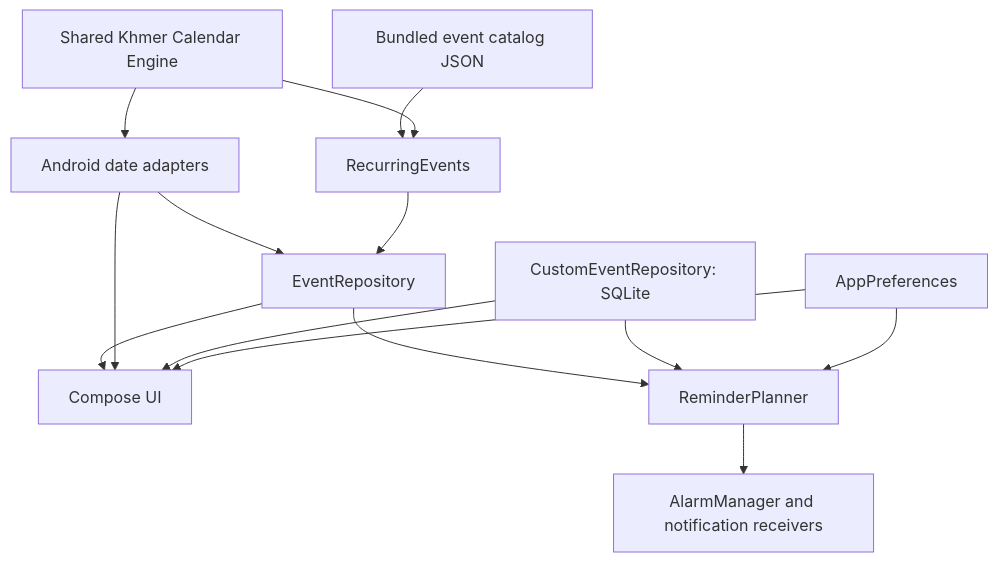
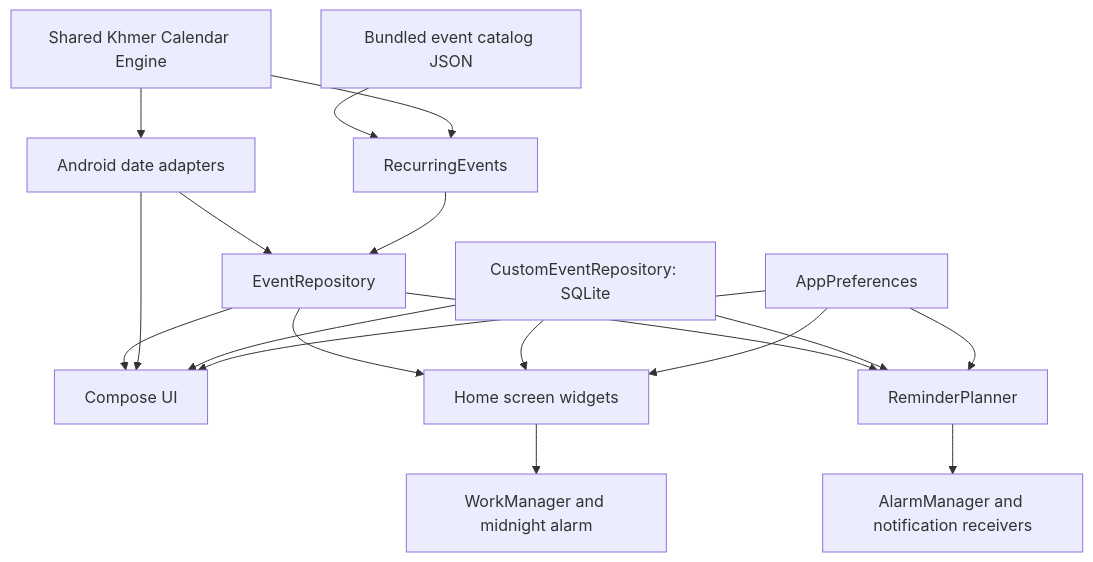
The diagram in docs/architecture.md (RSG-KH/khmer-calendar), drawn with Mermaid before and after one commit. The commit also changed other lines of this file and 37 other files, not shown here.

````diff
--- a/docs/architecture.md
+++ b/docs/architecture.md
@@ -5,16 +5,20 @@
 ```mermaid
 flowchart TD
     Engine[Shared Khmer Calendar Engine] --> Adapters[Android date adapters]
     Catalog[Bundled event catalog JSON] --> Recurring[RecurringEvents]
     Engine --> Recurring
     Adapters --> Events[EventRepository]
     Recurring --> Events
     Events --> UI[Compose UI]
     Adapters --> UI
     Custom[CustomEventRepository: SQLite] --> UI
+    Events --> Widgets[Home screen widgets]
+    Custom --> Widgets
     Events --> Planner[ReminderPlanner]
     Custom --> Planner
     Preferences[AppPreferences] --> UI
     Preferences --> Planner
+    Preferences --> Widgets
     Planner --> Alarms[AlarmManager and notification receivers]
+    Widgets --> WidgetRefresh[WorkManager and midnight alarm]
 ```
````
